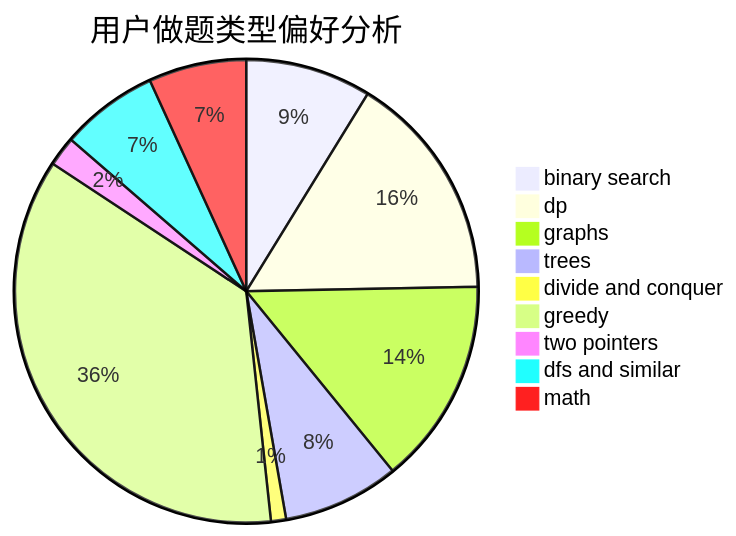
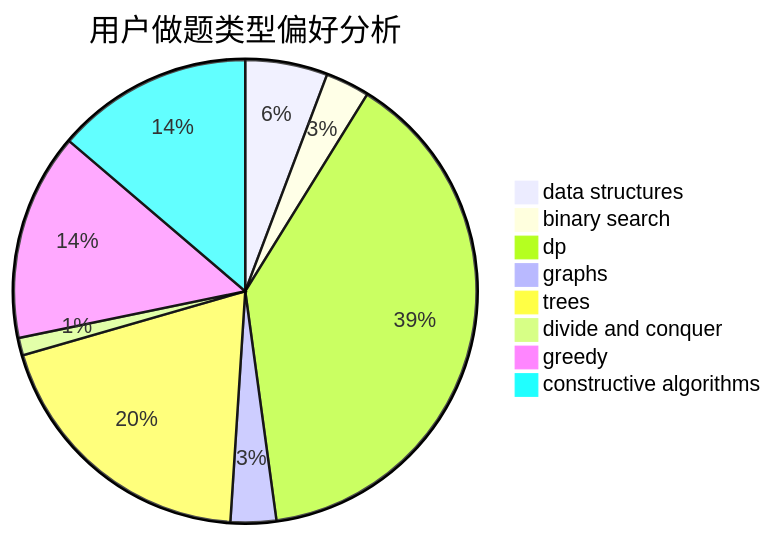
The second of 3 diagrams in docs/user/u1398.md (sherpahu/cfrs.github.io), drawn with Mermaid before and after one commit. The commit also changed other lines of this file and 2775 other files, not shown here.

````diff
--- a/docs/user/u1398.md
+++ b/docs/user/u1398.md
@@ -23,12 +23,11 @@
 ```mermaid
 pie title 用户做题类型偏好分析
-    "binary search" :  283
-    "dp" :  513
-    "graphs" :  465
-    "trees" :  262
-    "divide and conquer" :  34
-    "greedy" :  1160
-    "two pointers" :  67
-    "dfs and similar" :  220
-    "math" :  220
+    "data structures" :  56
+    "binary search" :  30
+    "dp" :  380
+    "graphs" :  31
+    "trees" :  190
+    "divide and conquer" :  12
+    "greedy" :  141
+    "constructive algorithms" :  134
 ```
````
